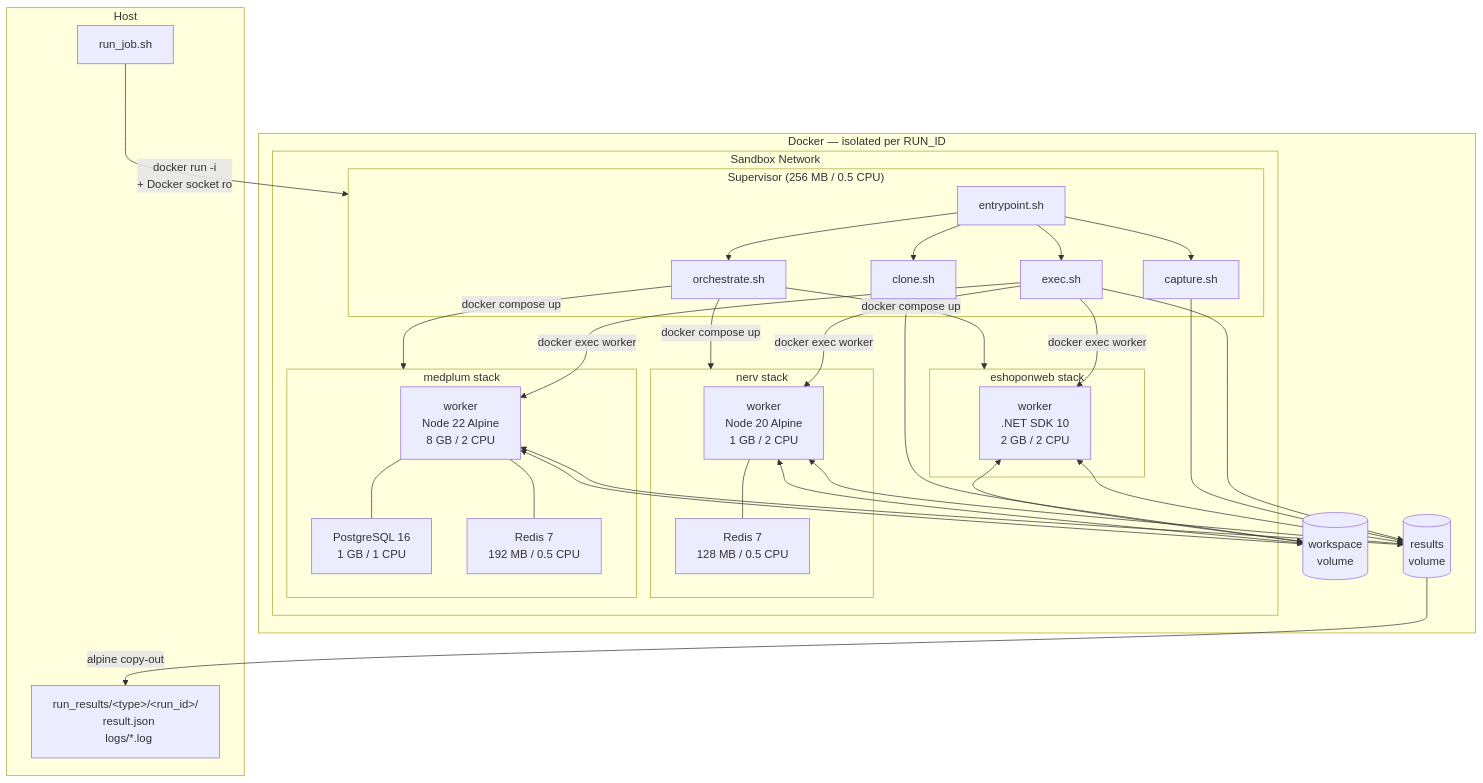
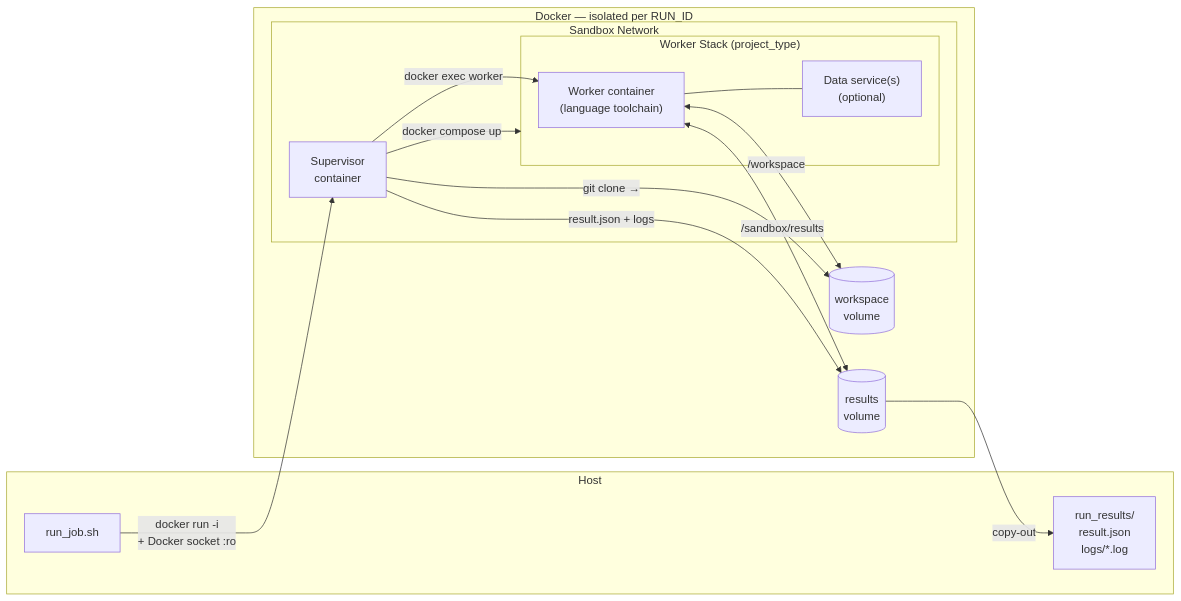
Before and after one commit to maxim-grin/agent-sandbox: the second of 2 diagrams in ARCHITECTURE.md, drawn with Mermaid.

Commit message:
make architecture diagram more generic

````diff
--- a/ARCHITECTURE.md
+++ b/ARCHITECTURE.md
@@ -51,54 +51,33 @@
 ```mermaid
-graph TD
+graph LR
     subgraph HOST["Host"]
         hs["run_job.sh"]
-        hr["run_results/&lt;type&gt;/&lt;run_id&gt;/\n  result.json\n  logs/*.log"]
+        hr["run_results/\n  result.json\n  logs/*.log"]
     end
 
     subgraph DOCKER["Docker — isolated per RUN_ID"]
         subgraph NET["Sandbox Network"]
-            subgraph SUP["Supervisor  (256 MB / 0.5 CPU)"]
-                e["entrypoint.sh"]
-                o["orchestrate.sh"]
-                x["exec.sh"]
-                c["capture.sh"]
-                cl["clone.sh"]
-            end
+            SUP["Supervisor\ncontainer"]
 
-            subgraph NERV["nerv stack"]
-                nw["worker\nNode 20 Alpine\n1 GB / 2 CPU"]
-                nr["Redis 7\n128 MB / 0.5 CPU"]
-            end
-
-            subgraph MEDPLUM["medplum stack"]
-                mw["worker\nNode 22 Alpine\n8 GB / 2 CPU"]
-                mp["PostgreSQL 16\n1 GB / 1 CPU"]
-                mr["Redis 7\n192 MB / 0.5 CPU"]
-            end
-
-            subgraph ESHOP["eshoponweb stack"]
-                ew["worker\n.NET SDK 10\n2 GB / 2 CPU"]
+            subgraph STACK["Worker Stack  (project_type)"]
+                W["Worker container\n(language toolchain)"]
+                DS["Data service(s)\n(optional)"]
             end
         end
 
         WV[("workspace\nvolume")]
         RV[("results\nvolume")]
     end
 
-    hs -->|"docker run -i\n+ Docker socket ro"| SUP
-    e --> cl --> WV
-    e --> o -->|"docker compose up"| NERV & MEDPLUM & ESHOP
-    e --> x -->|"docker exec worker"| nw & mw & ew
-    x --> RV
-    e --> c --> RV
-    nw <--> WV
-    mw <--> WV
-    ew <--> WV
-    nw <--> RV
-    mw <--> RV
-    ew <--> RV
-    mw --- mp
-    mw --- mr
-    nw --- nr
-    RV -->|"alpine copy-out"| hr
+    hs -->|"docker run -i\n+ Docker socket :ro"| SUP
+    SUP -->|"git clone → "| WV
+    SUP -->|"docker compose up"| STACK
+    SUP -->|"docker exec worker"| W
+    SUP -->|"result.json + logs"| RV
+
+    W <-->|"/workspace"| WV
+    W <-->|"/sandbox/results"| RV
+    W --- DS
+
+    RV -->|"copy-out"| hr
 ```
````
